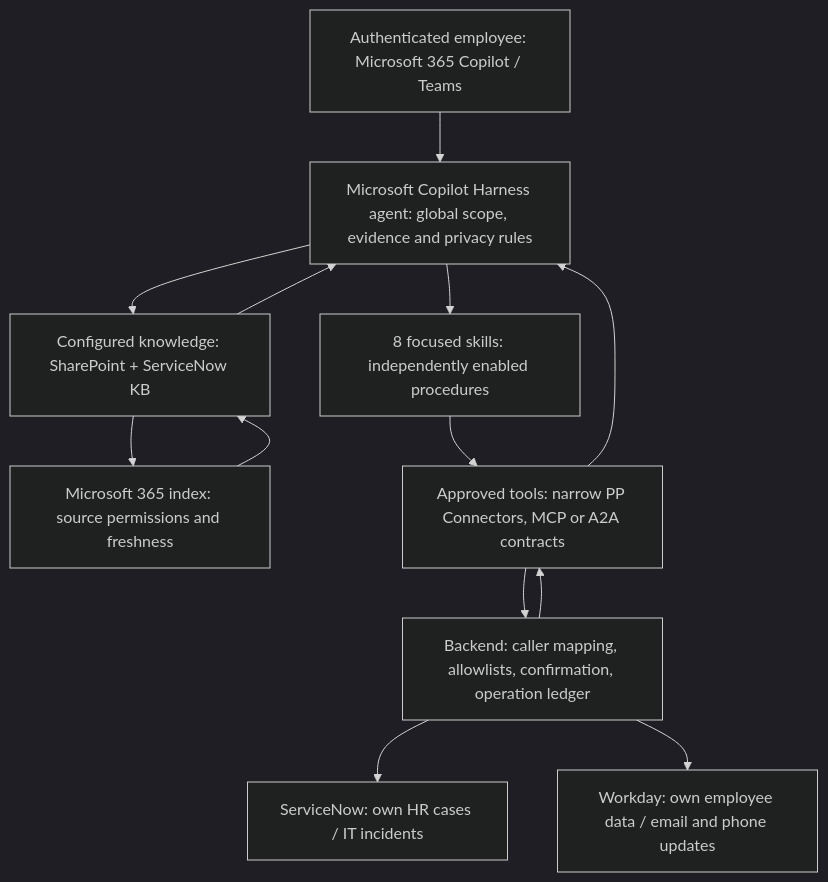
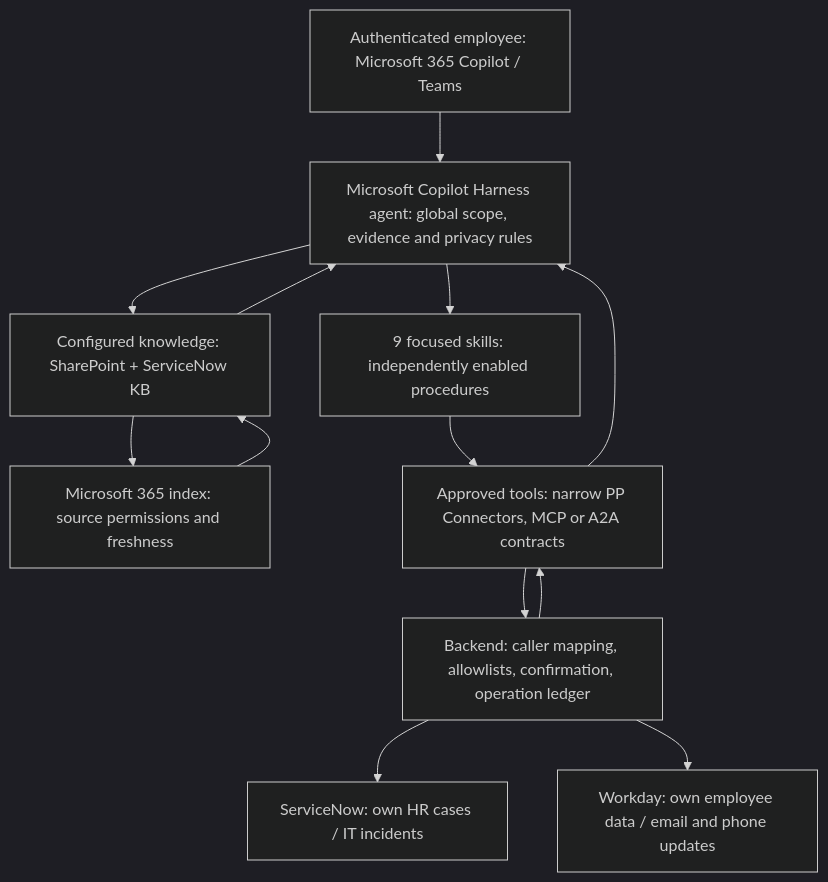
One commit to microsoft/ai-agent-runbooks changed the diagram in 01-scenarios/Employee-Self-Service-Agent-Microsoft-Copilot-Harness/2.Architecture.md. Above: the diagram before and after it, drawn with Mermaid (dark theme). The commit also changed other lines of this file and 47 other files, not shown here.

````diff
--- a/01-scenarios/Employee-Self-Service-Agent-Microsoft-Copilot-Harness/2.Architecture.md
+++ b/01-scenarios/Employee-Self-Service-Agent-Microsoft-Copilot-Harness/2.Architecture.md
@@ -10,19 +10,19 @@
 ```mermaid
 flowchart TD
     U["Authenticated employee: Microsoft 365 Copilot / Teams"]
     A["Microsoft Copilot Harness agent: global scope, evidence and privacy rules"]
-    S["8 focused skills: independently enabled procedures"]
+    S["9 focused skills: independently enabled procedures"]
     K["Configured knowledge: SharePoint + ServiceNow KB"]
     I["Microsoft 365 index: source permissions and freshness"]
     T["Approved tools: narrow PP Connectors, MCP or A2A contracts"]
     B["Backend: caller mapping, allowlists, confirmation, operation ledger"]
     SN["ServiceNow: own HR cases / IT incidents"]
     WD["Workday: own employee data / email and phone updates"]
     U --> A --> S
     A --> K --> I
     S --> T --> B
     B --> SN
     B --> WD
     B --> T --> A
     I --> K --> A
 ```
````
